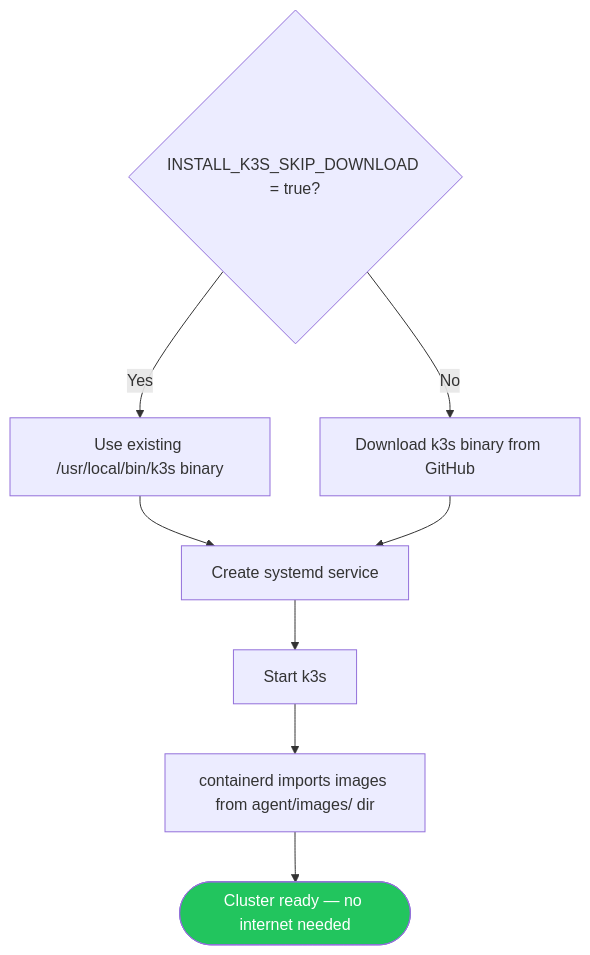
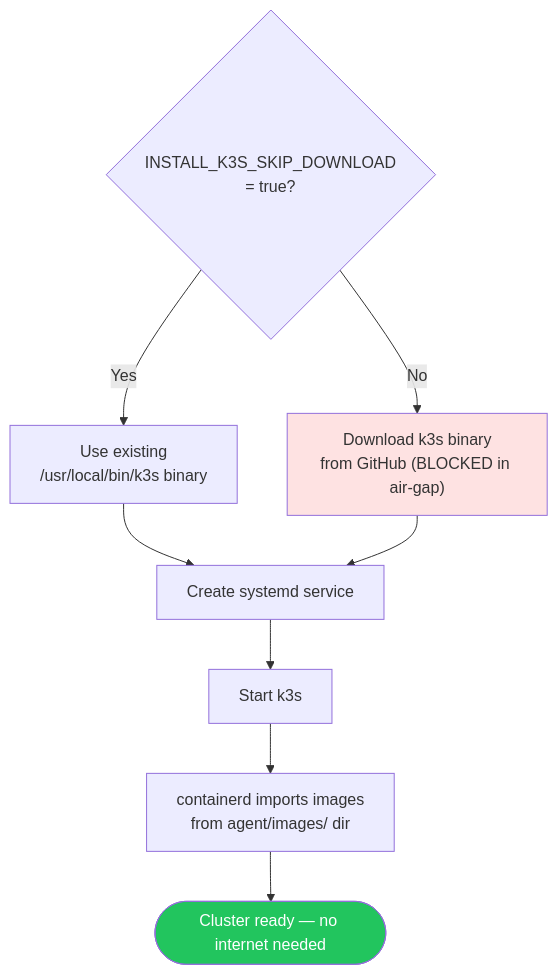
The third of 4 diagrams in 02_installation/03_airgap_install.md (UncleJS/course_k3s), drawn with Mermaid before and after one commit. The commit also changed other lines of this file and 45 other files, not shown here.

First line of the commit message:
Expand all course lessons: Mermaid diagrams + rich prose across 43 files

````diff
--- a/02_installation/03_airgap_install.md
+++ b/02_installation/03_airgap_install.md
@@ -193,13 +328,14 @@
 ```mermaid
 flowchart TD
-    SKIP{"INSTALL_K3S_SKIP_DOWNLOAD = true?"}
-    SKIP -->|Yes| USE[Use existing /usr/local/bin/k3s binary]
-    SKIP -->|No| DL[Download k3s binary from GitHub]
-    USE --> SYSTEMD[Create systemd service]
+    SKIP{"INSTALL_K3S_SKIP_DOWNLOAD<br/>= true?"}
+    SKIP -->|"Yes"| USE["Use existing<br/>/usr/local/bin/k3s binary"]
+    SKIP -->|"No"| DL["Download k3s binary<br/>from GitHub (BLOCKED in air-gap)"]
+    USE --> SYSTEMD["Create systemd service"]
     DL --> SYSTEMD
-    SYSTEMD --> START[Start k3s]
-    START --> IMG[containerd imports images from agent/images/ dir]
-    IMG --> READY([Cluster ready — no internet needed])
+    SYSTEMD --> START["Start k3s"]
+    START --> IMG["containerd imports images<br/>from agent/images/ dir"]
+    IMG --> READY(["Cluster ready — no internet needed"])
 
     style READY fill:#22c55e,color:#fff
+    style DL fill:#fee2e2
 ```
````
